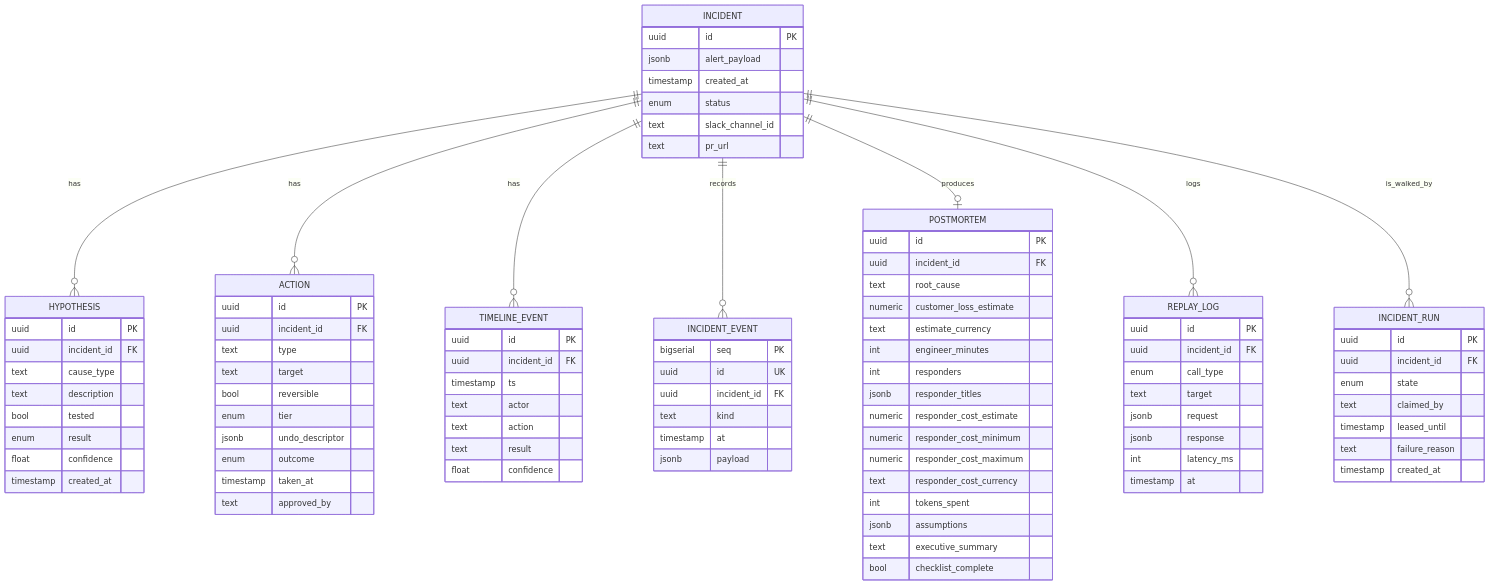
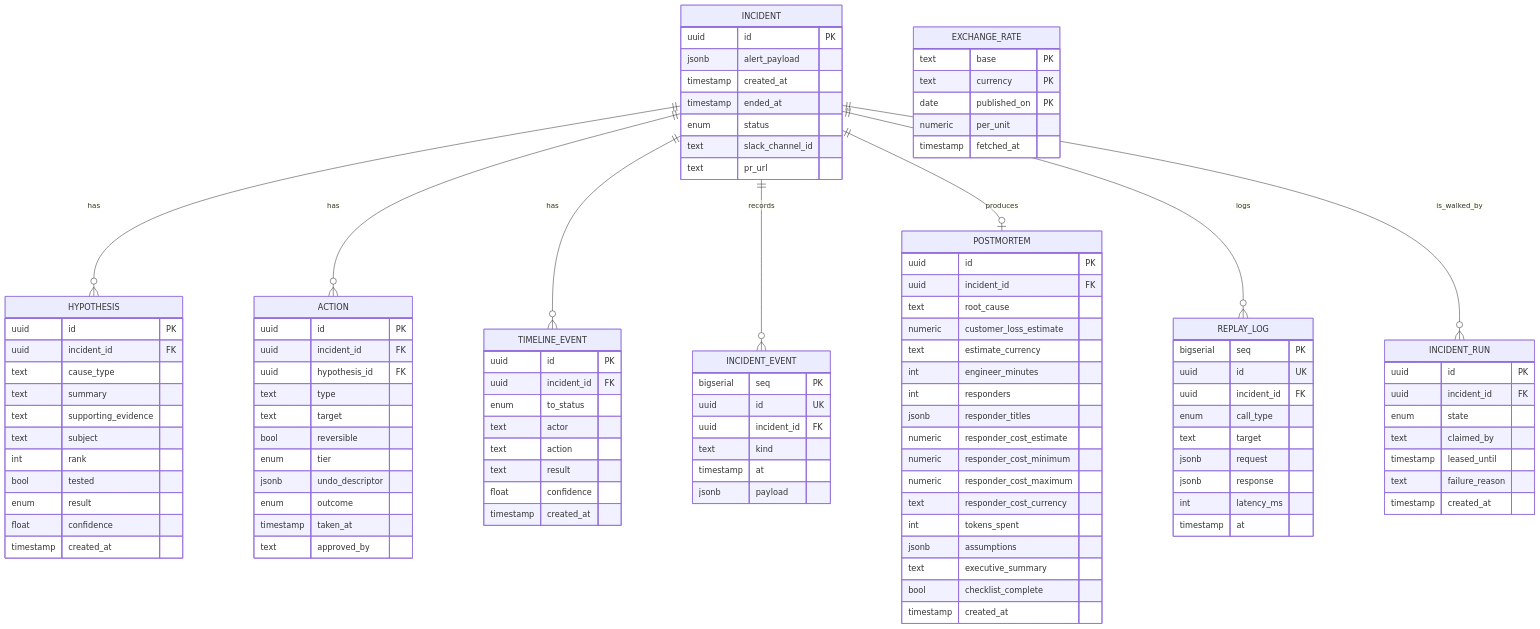
Before and after one commit to ohadraz/Argus: the fourth of 5 diagrams in docs/spec-and-architecture.md, drawn with Mermaid. The commit also changed other lines of this file and 1 other file, not shown here.

Commit message:
Schema's comments + cites

````diff
--- a/docs/spec-and-architecture.md
+++ b/docs/spec-and-architecture.md
@@ -314,6 +314,7 @@
         uuid id PK
         jsonb alert_payload
         timestamp created_at
+        timestamp ended_at
         enum status
         text slack_channel_id
         text pr_url
@@ -322,7 +323,10 @@
         uuid id PK
         uuid incident_id FK
         text cause_type
-        text description
+        text summary
+        text supporting_evidence
+        text subject
+        int rank
         bool tested
         enum result
         float confidence
@@ -331,6 +335,7 @@
     ACTION {
         uuid id PK
         uuid incident_id FK
+        uuid hypothesis_id FK
         text type
         text target
         bool reversible
@@ -352,11 +357,12 @@
     TIMELINE_EVENT {
         uuid id PK
         uuid incident_id FK
-        timestamp ts
+        enum to_status
         text actor
         text action
         text result
         float confidence
+        timestamp created_at
     }
     INCIDENT_EVENT {
         bigserial seq PK
@@ -383,9 +389,11 @@
         jsonb assumptions
         text executive_summary
         bool checklist_complete
+        timestamp created_at
     }
     REPLAY_LOG {
-        uuid id PK
+        bigserial seq PK
+        uuid id UK
         uuid incident_id FK
         enum call_type
         text target
@@ -394,4 +402,11 @@
         int latency_ms
         timestamp at
     }
+    EXCHANGE_RATE {
+        text base PK
+        text currency PK
+        date published_on PK
+        numeric per_unit
+        timestamp fetched_at
+    }
 ```
````
